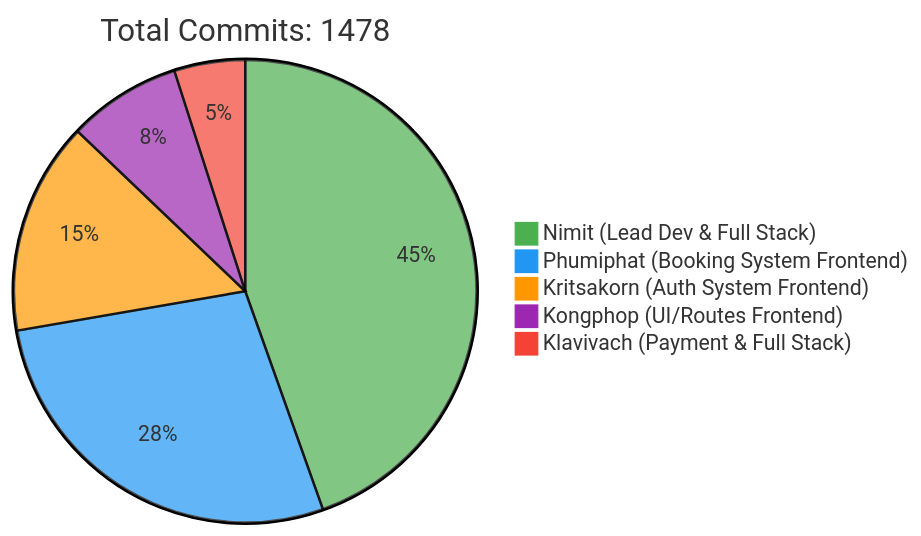
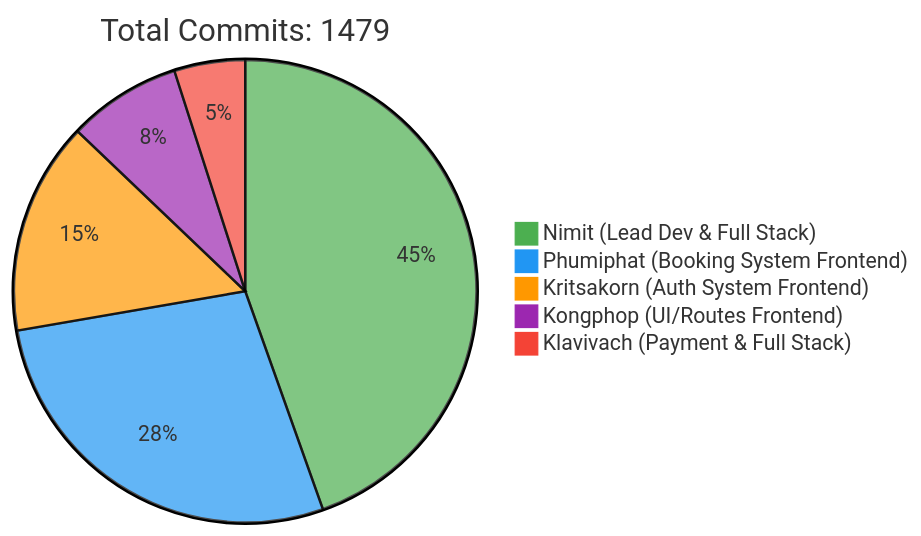
The first of 2 diagrams in README.md (6531503042/Sport-Complex), drawn with Mermaid before and after one commit. The commit also changed other lines of this file, not shown here.

Commit message:
docs: Update contributor statistics [skip ci]

````diff
--- a/README.md
+++ b/README.md
@@ -257,10 +257,10 @@
 ```mermaid
 %%{init: {'theme': 'base', 'themeVariables': { 'pie1': '#4CAF50', 'pie2': '#2196F3', 'pie3': '#FF9800', 'pie4': '#9C27B0', 'pie5': '#F44336'}}}%%
 pie
-    title Total Commits: 1478
+    title Total Commits: 1479
     "Nimit (Lead Dev & Full Stack)" : 450
     "Phumiphat (Booking System Frontend)" : 280
     "Kritsakorn (Auth System Frontend)" : 150
     "Kongphop (UI/Routes Frontend)" : 80
     "Klavivach (Payment & Full Stack)" : 50
 ```
````
